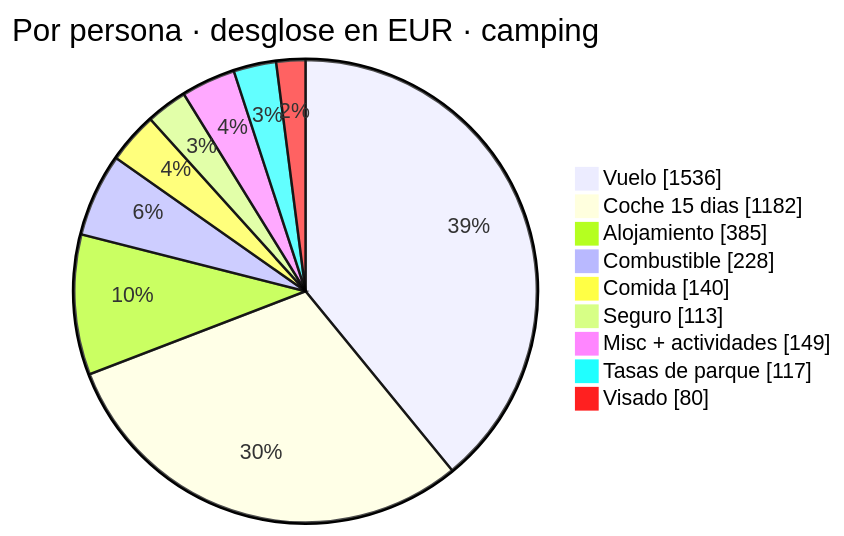
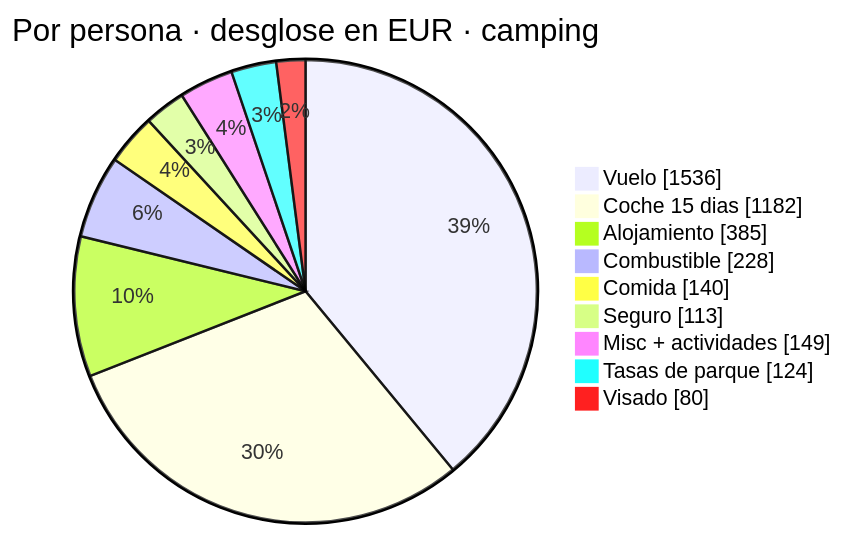
The third of 6 diagrams in README.md (morandeirachema/namibia), drawn with Mermaid before and after one commit. The commit also changed other lines of this file and 24 other files, not shown here.

````diff
--- a/README.md
+++ b/README.md
@@ -365,13 +365,13 @@
 ```mermaid
 pie showData
     title Por persona · desglose en EUR · camping
     "Vuelo" : 1536
     "Coche 15 dias" : 1182
     "Alojamiento" : 385
     "Combustible" : 228
     "Comida" : 140
     "Seguro" : 113
     "Misc + actividades" : 149
-    "Tasas de parque" : 117
+    "Tasas de parque" : 124
     "Visado" : 80
 ```
````
